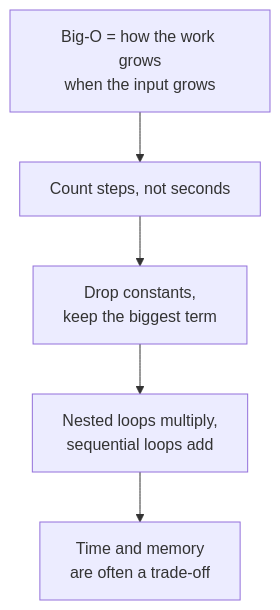
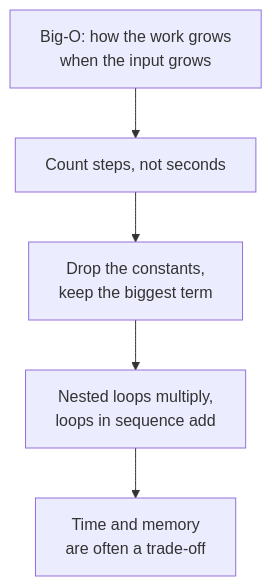
One commit to callasalvatore/csharp-algorithms changed diagram 12 of 12 in lessons/00-big-o/README.md. Above: the diagram before and after it, drawn with Mermaid. The commit also changed other lines of this file and 4 other files, not shown here.

````diff
--- a/lessons/00-big-o/README.md
+++ b/lessons/00-big-o/README.md
@@ -499,7 +459,7 @@
 ```mermaid
 flowchart TB
-    A["Big-O = how the work grows<br/>when the input grows"] --> B["Count steps, not seconds"]
-    B --> C["Drop constants,<br/>keep the biggest term"]
-    C --> D["Nested loops multiply,<br/>sequential loops add"]
+    A["Big-O: how the work grows<br/>when the input grows"] --> B["Count steps, not seconds"]
+    B --> C["Drop the constants,<br/>keep the biggest term"]
+    C --> D["Nested loops multiply,<br/>loops in sequence add"]
     D --> E["Time and memory<br/>are often a trade-off"]
 ```
````
